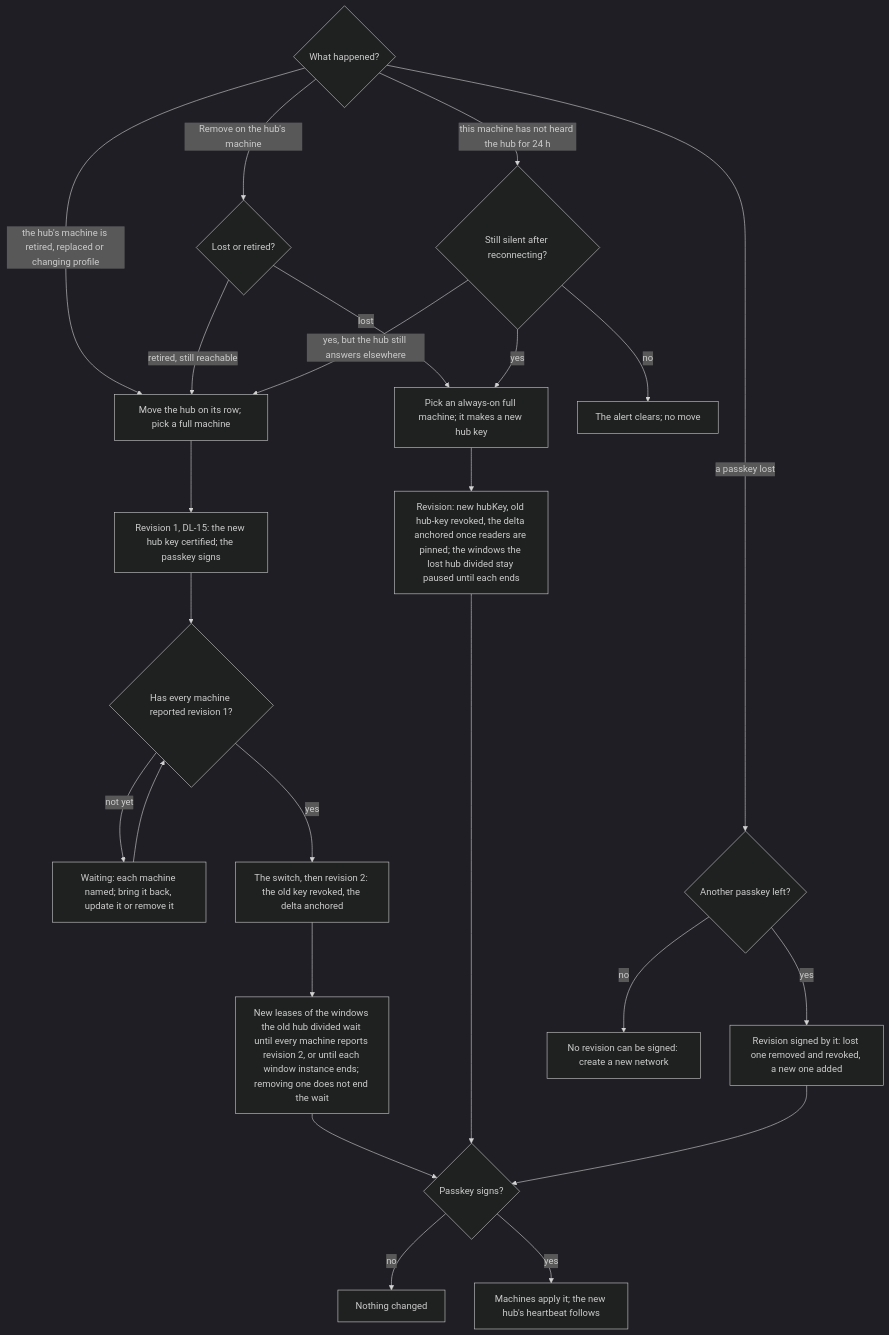
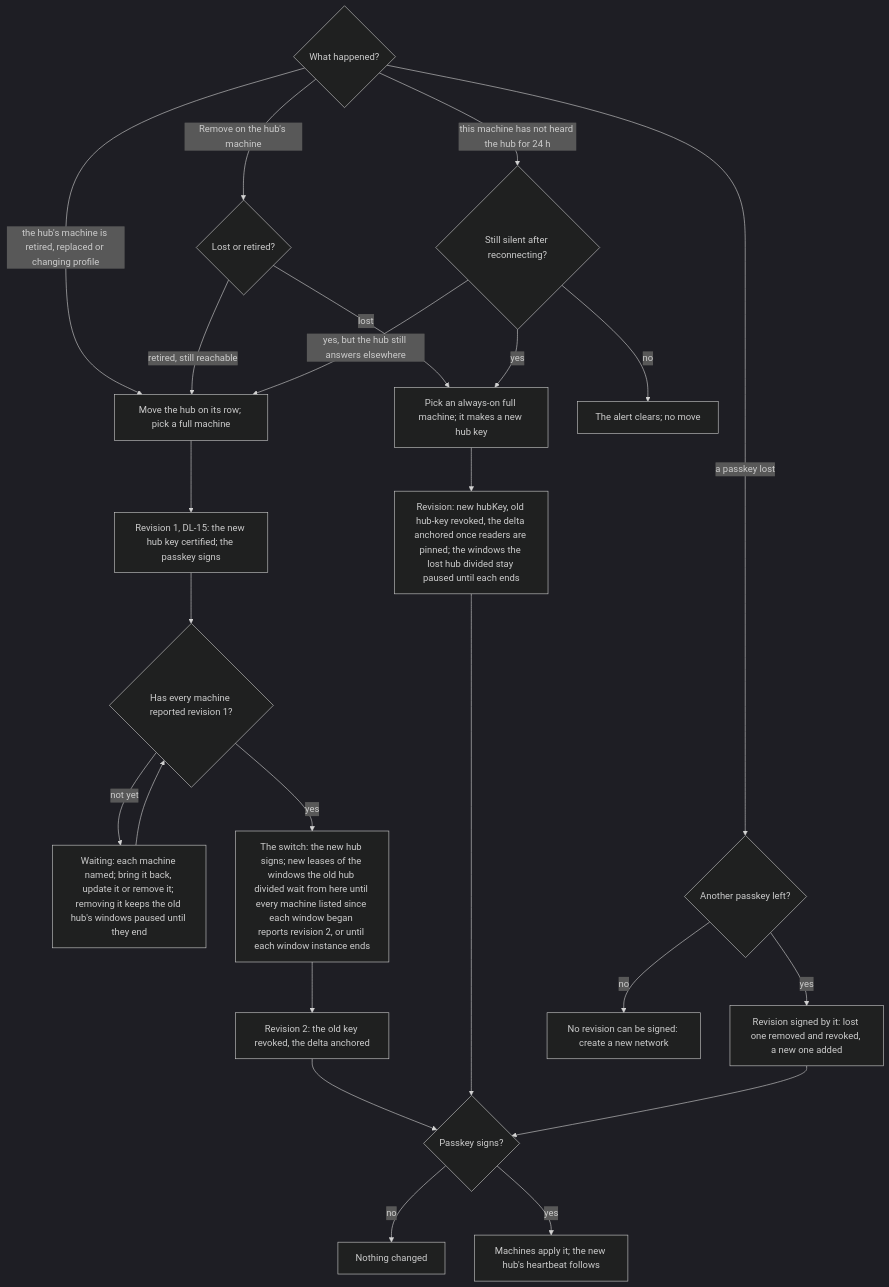
One commit to passioncode-ai/fabric-agent-contract changed diagram 27 of 34 in docs/ux/flows.md. Above: the diagram before and after it, drawn with Mermaid (dark theme). The commit also changed other lines of this file and 8 other files, not shown here.

First line of the commit message:
CT-172: the gate binds from the new hub's first signature, over every machine listed since the instance began

````diff
--- a/docs/ux/flows.md
+++ b/docs/ux/flows.md
@@ -662,26 +662,26 @@
 ```mermaid
 flowchart TD
   A{What happened?} -->|the hub's machine is retired, replaced or changing profile| L[Move the hub on its row; pick a full machine]
   A -->|Remove on the hub's machine| K{Lost or retired?}
   K -->|retired, still reachable| L
   K -->|lost| M
   L --> T1[Revision 1, DL-15: the new hub key certified; the passkey signs]
   T1 --> W{Has every machine reported revision 1?}
-  W -->|not yet| V[Waiting: each machine named; bring it back, update it or remove it]
+  W -->|not yet| V[Waiting: each machine named; bring it back, update it or remove it; removing it keeps the old hub's windows paused until they end]
   V --> W
-  W -->|yes| T[The switch, then revision 2: the old key revoked, the delta anchored]
-  T --> T2[New leases of the windows the old hub divided wait until every machine reports revision 2, or until each window instance ends; removing one does not end the wait]
+  W -->|yes| T[The switch: the new hub signs; new leases of the windows the old hub divided wait from here until every machine listed since each window began reports revision 2, or until each window instance ends]
+  T --> T2[Revision 2: the old key revoked, the delta anchored]
   T2 --> S
   A -->|this machine has not heard the hub for 24 h| C{Still silent after reconnecting?}
   C -->|no| Z[The alert clears; no move]
   C -->|yes, but the hub still answers elsewhere| L
   C -->|yes| M[Pick an always-on full machine; it makes a new hub key]
   M --> R[Revision: new hubKey, old hub-key revoked, the delta anchored once readers are pinned; the windows the lost hub divided stay paused until each ends]
   A -->|a passkey lost| P{Another passkey left?}
   P -->|yes| Q[Revision signed by it: lost one removed and revoked, a new one added]
   P -->|no| N[No revision can be signed: create a new network]
   R --> S{Passkey signs?}
   Q --> S
   S -->|no| X[Nothing changed]
   S -->|yes| D[Machines apply it; the new hub's heartbeat follows]
 ```
````
